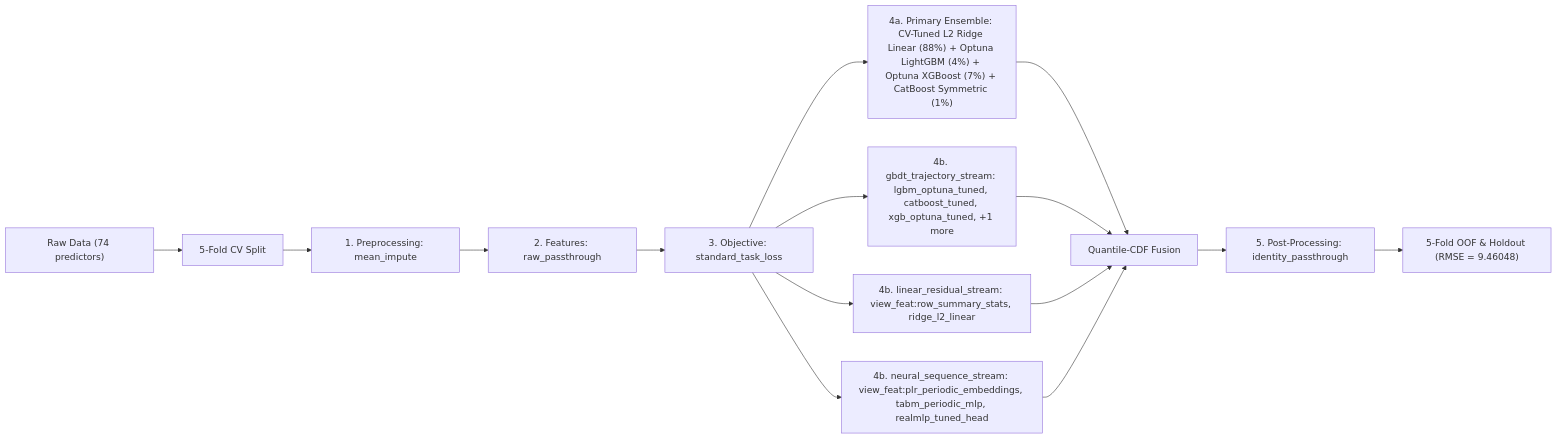
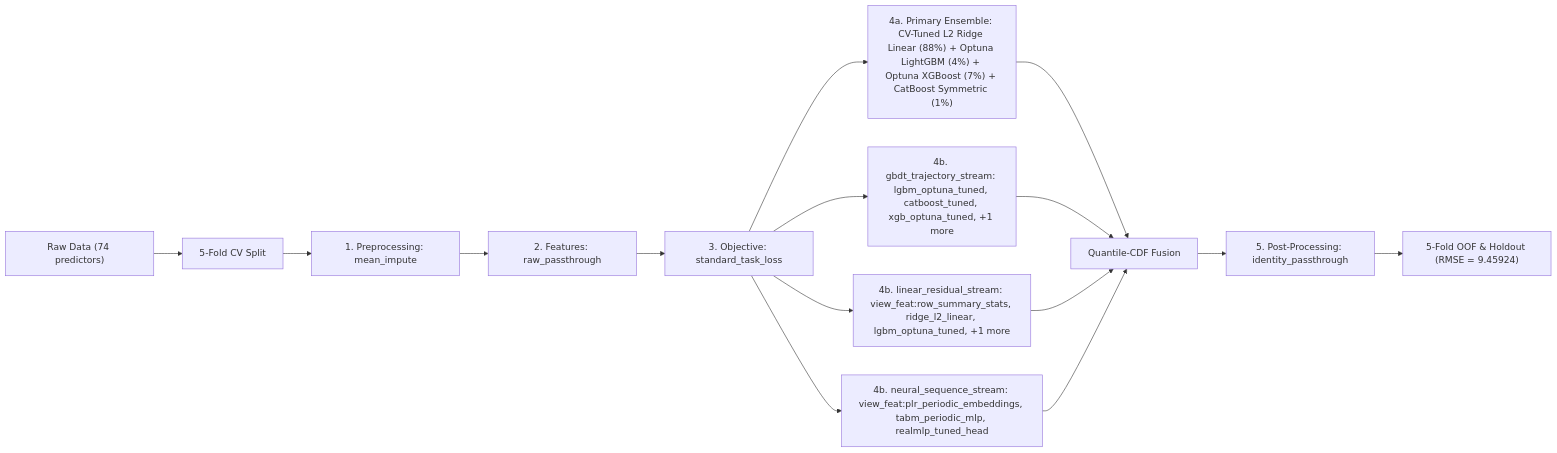
The diagram in README.md (stefanoclss/ROGII-Wellbore-Geology-Prediction), drawn with Mermaid before and after one commit. The commit also changed other lines of this file, not shown here.

First line of the commit message:
docs(readme): refresh verified OOF benchmark & build ledger (RMSE=9.45924)

````diff
--- a/README.md
+++ b/README.md
@@ -72,17 +73,17 @@
 ```mermaid
 flowchart LR
     DATA["Raw Data (74 predictors)"] --> SPLIT["5-Fold CV Split"]
     SPLIT --> PRE["1. Preprocessing: mean_impute"]
     PRE --> FEAT["2. Features: raw_passthrough"]
     FEAT --> OBJ["3. Objective: standard_task_loss"]
     OBJ --> M0["4a. Primary Ensemble: CV-Tuned L2 Ridge Linear (88%) + Optuna LightGBM (4%) + Optuna XGBoost (7%) + CatBoost Symmetric (1%)"]
     M0 --> FUSE["Quantile-CDF Fusion"]
     OBJ --> S1["4b. gbdt_trajectory_stream: lgbm_optuna_tuned, catboost_tuned, xgb_optuna_tuned, +1 more"]
     S1 --> FUSE
-    OBJ --> S2["4b. linear_residual_stream: view_feat:row_summary_stats, ridge_l2_linear"]
+    OBJ --> S2["4b. linear_residual_stream: view_feat:row_summary_stats, ridge_l2_linear, lgbm_optuna_tuned, +1 more"]
     S2 --> FUSE
     OBJ --> S3["4b. neural_sequence_stream: view_feat:plr_periodic_embeddings, tabm_periodic_mlp, realmlp_tuned_head"]
     S3 --> FUSE
     FUSE --> POST["5. Post-Processing: identity_passthrough"]
-    POST --> OUT["5-Fold OOF & Holdout (RMSE = 9.46048)"]
+    POST --> OUT["5-Fold OOF & Holdout (RMSE = 9.45924)"]
 ```
````
